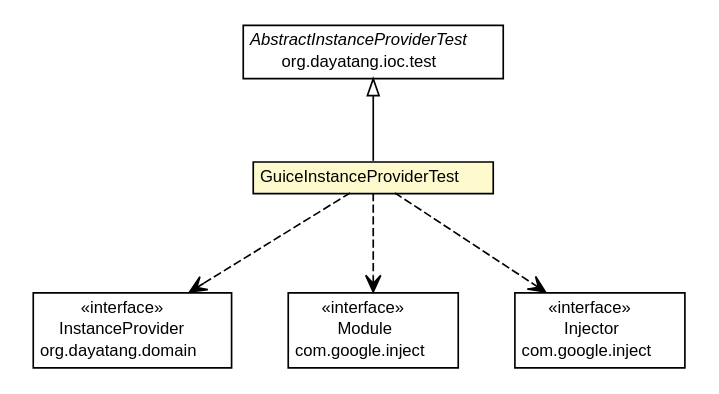
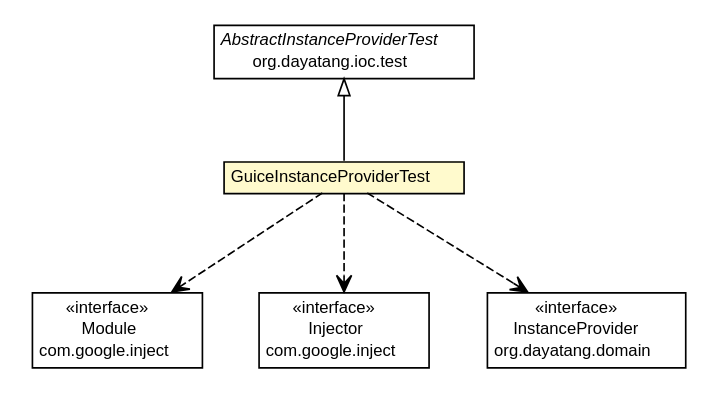
Before and after one commit to dayatang/dddlib: the diagram in dddlib-ioc/dddlib-ioc-guice/testapidocs/org/dayatang/ioc/guice/GuiceInstanceProviderTest.dot, drawn with Graphviz. The commit also changed 44 other files, not shown here.

```diff
--- a/dddlib-ioc/dddlib-ioc-guice/testapidocs/org/dayatang/ioc/guice/GuiceInstanceProviderTest.dot
+++ b/dddlib-ioc/dddlib-ioc-guice/testapidocs/org/dayatang/ioc/guice/GuiceInstanceProviderTest.dot
@@ -1,57 +1,57 @@
 #!/usr/local/bin/dot
 #
 # Class diagram 
 # Generated by UMLGraph version R5_6_6-8-g8d7759 (http://www.umlgraph.org/)
 #
 
 digraph G {
 	edge [fontname="Helvetica",fontsize=10,labelfontname="Helvetica",labelfontsize=10];
 	node [fontname="Helvetica",fontsize=10,shape=plaintext];
 	nodesep=0.25;
 	ranksep=0.5;
 	// org.dayatang.ioc.guice.GuiceInstanceProviderTest
 	c16 [label=<<table title="org.dayatang.ioc.guice.GuiceInstanceProviderTest" border="0" cellborder="1" cellspacing="0" cellpadding="2" port="p" bgcolor="lemonChiffon" href="./GuiceInstanceProviderTest.html">
 		<tr><td><table border="0" cellspacing="0" cellpadding="1">
 <tr><td align="center" balign="center"> GuiceInstanceProviderTest </td></tr>
 		</table></td></tr>
 		</table>>, URL="./GuiceInstanceProviderTest.html", fontname="Helvetica", fontcolor="black", fontsize=10.0];
 	//org.dayatang.ioc.guice.GuiceInstanceProviderTest extends org.dayatang.ioc.test.AbstractInstanceProviderTest
 	c17:p -> c16:p [dir=back,arrowtail=empty];
+	// org.dayatang.ioc.guice.GuiceInstanceProviderTest DEPEND com.google.inject.Module
+	c16:p -> c18:p [taillabel="", label=" "headlabel="", fontname="Helvetica", fontcolor="black", fontsize=10.0, color="black", arrowhead=open, style=dashed];
+	// org.dayatang.ioc.guice.GuiceInstanceProviderTest DEPEND com.google.inject.Injector
+	c16:p -> c25:p [taillabel="", label=" "headlabel="", fontname="Helvetica", fontcolor="black", fontsize=10.0, color="black", arrowhead=open, style=dashed];
 	// org.dayatang.ioc.guice.GuiceInstanceProviderTest DEPEND org.dayatang.domain.InstanceProvider
-	c16:p -> c20:p [taillabel="", label=" "headlabel="", fontname="Helvetica", fontcolor="black", fontsize=10.0, color="black", arrowhead=open, style=dashed];
-	// org.dayatang.ioc.guice.GuiceInstanceProviderTest DEPEND com.google.inject.Module
-	c16:p -> c21:p [taillabel="", label=" "headlabel="", fontname="Helvetica", fontcolor="black", fontsize=10.0, color="black", arrowhead=open, style=dashed];
-	// org.dayatang.ioc.guice.GuiceInstanceProviderTest DEPEND com.google.inject.Injector
 	c16:p -> c27:p [taillabel="", label=" "headlabel="", fontname="Helvetica", fontcolor="black", fontsize=10.0, color="black", arrowhead=open, style=dashed];
 	// com.google.inject.Module
-	c21 [label=<<table title="com.google.inject.Module" border="0" cellborder="1" cellspacing="0" cellpadding="2" port="p" href="http://java.sun.com/j2se/1.4.2/docs/api/com/google/inject/Module.html">
+	c18 [label=<<table title="com.google.inject.Module" border="0" cellborder="1" cellspacing="0" cellpadding="2" port="p" href="http://java.sun.com/j2se/1.4.2/docs/api/com/google/inject/Module.html">
 		<tr><td><table border="0" cellspacing="0" cellpadding="1">
 <tr><td align="center" balign="center"> &#171;interface&#187; </td></tr>
 <tr><td align="center" balign="center"> Module </td></tr>
 <tr><td align="center" balign="center"> com.google.inject </td></tr>
 		</table></td></tr>
 		</table>>, URL="http://java.sun.com/j2se/1.4.2/docs/api/com/google/inject/Module.html", fontname="Helvetica", fontcolor="black", fontsize=10.0];
 	// org.dayatang.domain.InstanceProvider
-	c20 [label=<<table title="org.dayatang.domain.InstanceProvider" border="0" cellborder="1" cellspacing="0" cellpadding="2" port="p" href="http://java.sun.com/j2se/1.4.2/docs/api/org/dayatang/domain/InstanceProvider.html">
+	c27 [label=<<table title="org.dayatang.domain.InstanceProvider" border="0" cellborder="1" cellspacing="0" cellpadding="2" port="p" href="http://java.sun.com/j2se/1.4.2/docs/api/org/dayatang/domain/InstanceProvider.html">
 		<tr><td><table border="0" cellspacing="0" cellpadding="1">
 <tr><td align="center" balign="center"> &#171;interface&#187; </td></tr>
 <tr><td align="center" balign="center"> InstanceProvider </td></tr>
 <tr><td align="center" balign="center"> org.dayatang.domain </td></tr>
 		</table></td></tr>
 		</table>>, URL="http://java.sun.com/j2se/1.4.2/docs/api/org/dayatang/domain/InstanceProvider.html", fontname="Helvetica", fontcolor="black", fontsize=10.0];
 	// com.google.inject.Injector
-	c27 [label=<<table title="com.google.inject.Injector" border="0" cellborder="1" cellspacing="0" cellpadding="2" port="p" href="http://java.sun.com/j2se/1.4.2/docs/api/com/google/inject/Injector.html">
+	c25 [label=<<table title="com.google.inject.Injector" border="0" cellborder="1" cellspacing="0" cellpadding="2" port="p" href="http://java.sun.com/j2se/1.4.2/docs/api/com/google/inject/Injector.html">
 		<tr><td><table border="0" cellspacing="0" cellpadding="1">
 <tr><td align="center" balign="center"> &#171;interface&#187; </td></tr>
 <tr><td align="center" balign="center"> Injector </td></tr>
 <tr><td align="center" balign="center"> com.google.inject </td></tr>
 		</table></td></tr>
 		</table>>, URL="http://java.sun.com/j2se/1.4.2/docs/api/com/google/inject/Injector.html", fontname="Helvetica", fontcolor="black", fontsize=10.0];
 	// org.dayatang.ioc.test.AbstractInstanceProviderTest
 	c17 [label=<<table title="org.dayatang.ioc.test.AbstractInstanceProviderTest" border="0" cellborder="1" cellspacing="0" cellpadding="2" port="p" href="http://java.sun.com/j2se/1.4.2/docs/api/org/dayatang/ioc/test/AbstractInstanceProviderTest.html">
 		<tr><td><table border="0" cellspacing="0" cellpadding="1">
 <tr><td align="center" balign="center"><font face="Helvetica-Oblique"> AbstractInstanceProviderTest </font></td></tr>
 <tr><td align="center" balign="center"> org.dayatang.ioc.test </td></tr>
 		</table></td></tr>
 		</table>>, URL="http://java.sun.com/j2se/1.4.2/docs/api/org/dayatang/ioc/test/AbstractInstanceProviderTest.html", fontname="Helvetica", fontcolor="black", fontsize=10.0];
 }
```
